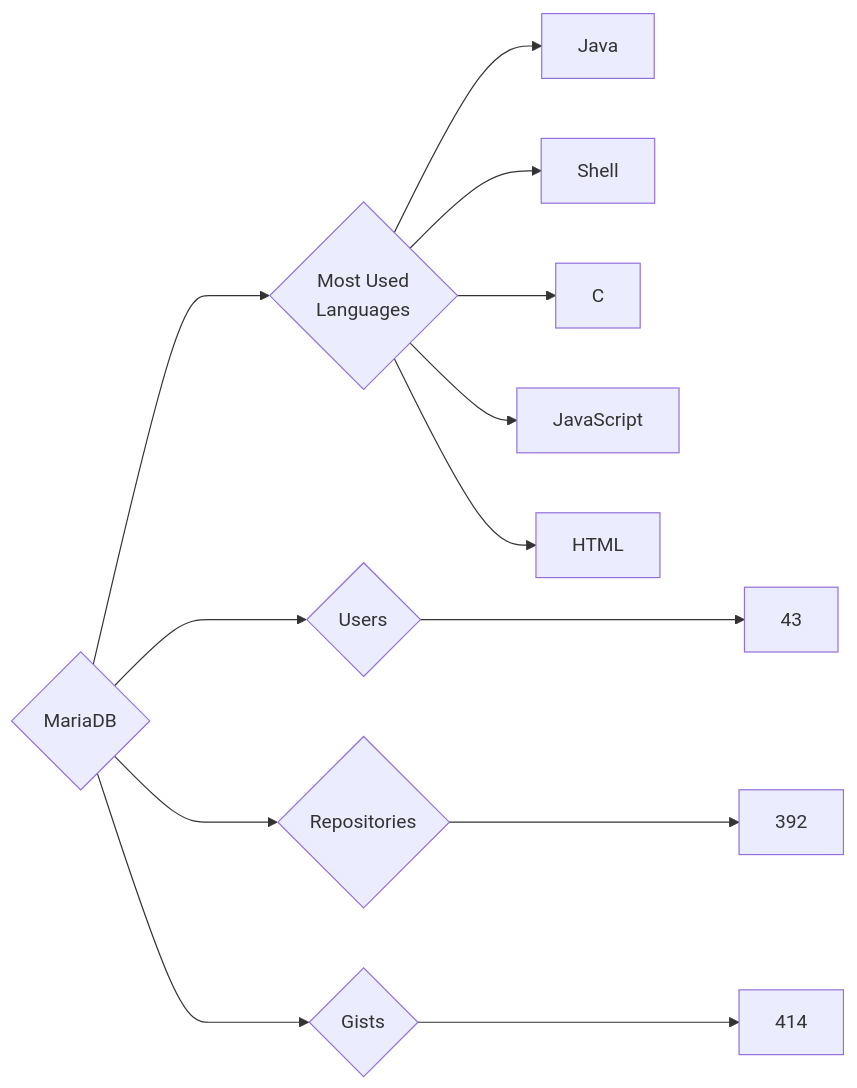
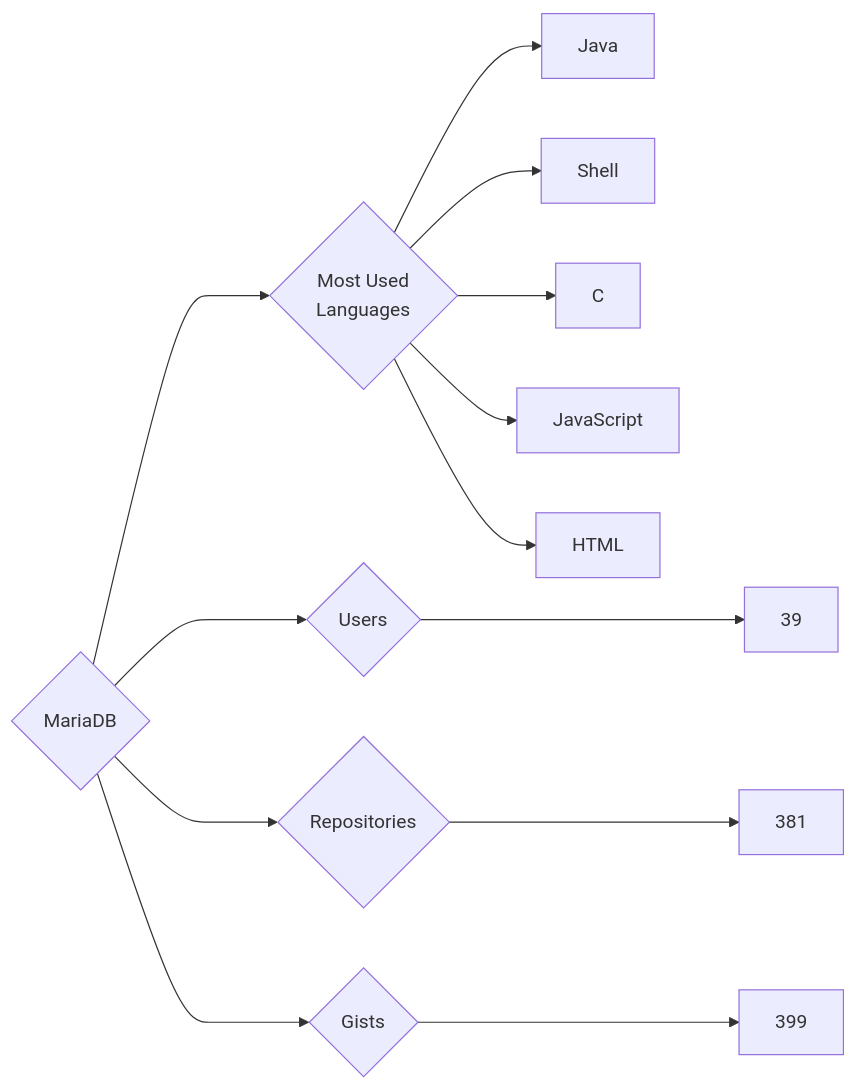
The diagram in targets/MariaDB/README.md (trickest/insiders), drawn with Mermaid before and after one commit. The commit also changed 444 other files, not shown here.

````diff
--- a/targets/MariaDB/README.md
+++ b/targets/MariaDB/README.md
@@ -3,13 +3,13 @@
 ```mermaid
 graph LR
 COMPANY_NAME{MariaDB}
-COMPANY_NAME ---> U{Users} ---> UN[43]
-COMPANY_NAME ---> R{Repositories} ---> RN[392]
-COMPANY_NAME ---> G{Gists} ---> GN[414]
+COMPANY_NAME ---> U{Users} ---> UN[39]
+COMPANY_NAME ---> R{Repositories} ---> RN[381]
+COMPANY_NAME ---> G{Gists} ---> GN[399]
 COMPANY_NAME ---> ML{Most Used<br>Languages}
 ML --> Java[Java]
 ML --> Shell[Shell]
 ML --> C[C]
 ML --> JavaScript[JavaScript]
 ML --> HTML[HTML]
 ```
````
